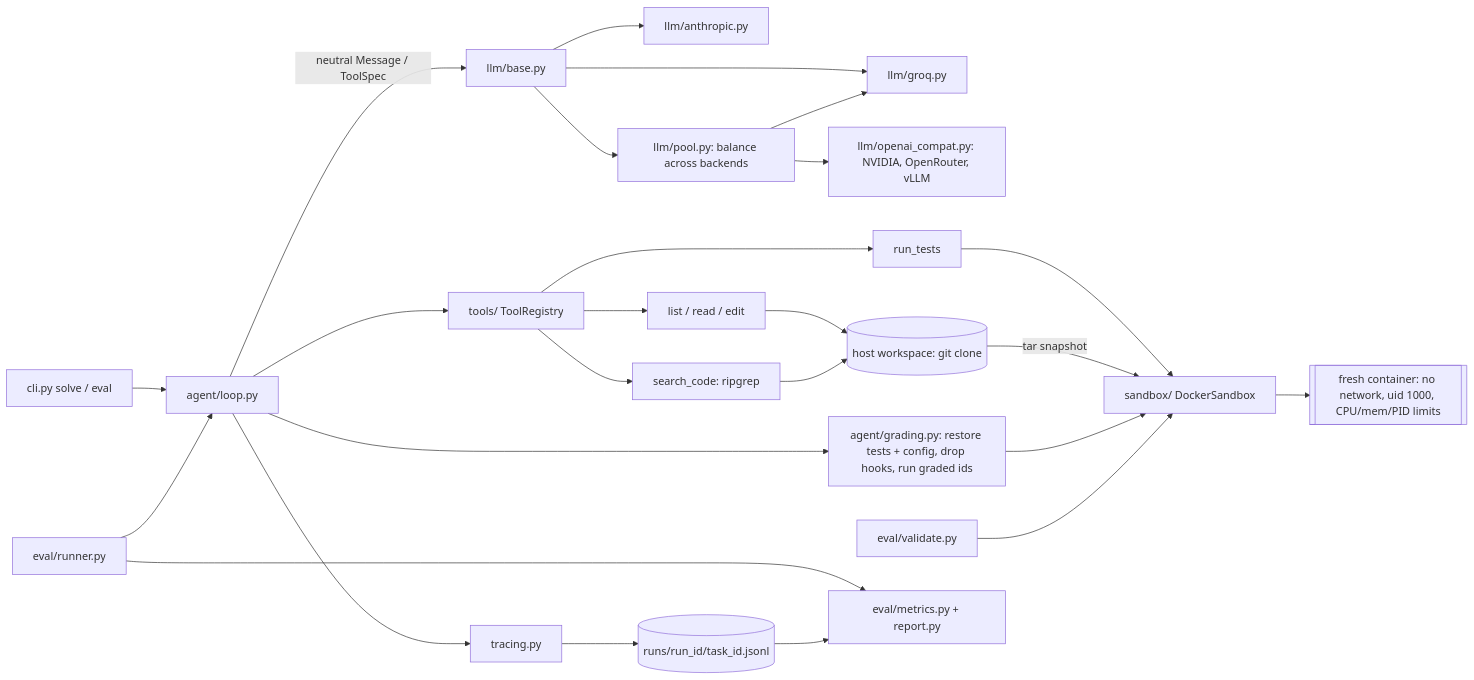
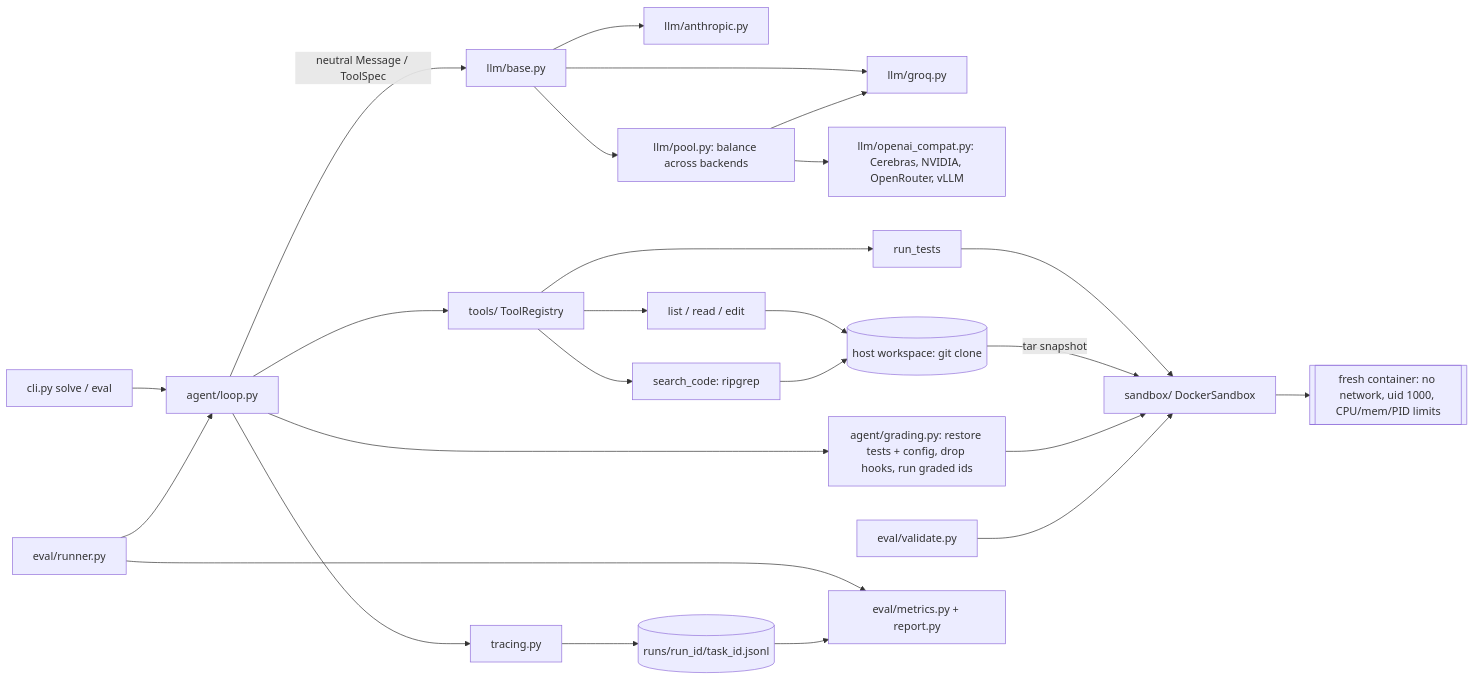
Before and after one commit to Gokuls007/agentic-code-repair: the diagram in README.md, drawn with Mermaid. The commit also changed other lines of this file and 6 other files, not shown here.

First line of the commit message:
Pool: pair Groq with Cerebras, not NVIDIA, for gpt-oss-120b

````diff
--- a/README.md
+++ b/README.md
@@ -48,26 +48,26 @@
 ```mermaid
 flowchart LR
     CLI[cli.py solve / eval] --> Loop[agent/loop.py]
     Loop -->|neutral Message / ToolSpec| LLM[llm/base.py]
     LLM --> A[llm/anthropic.py]
     LLM --> G[llm/groq.py]
     LLM --> P[llm/pool.py: balance across backends]
     P --> G
-    P --> O[llm/openai_compat.py: NVIDIA, OpenRouter, vLLM]
+    P --> O[llm/openai_compat.py: Cerebras, NVIDIA, OpenRouter, vLLM]
     Loop --> Reg[tools/ ToolRegistry]
     Reg --> FT[list / read / edit]
     Reg --> S[search_code: ripgrep]
     Reg --> RT[run_tests]
     FT & S --> WS[(host workspace: git clone)]
     RT --> SB[sandbox/ DockerSandbox]
     WS -->|tar snapshot| SB
     SB --> C[[fresh container: no network, uid 1000, CPU/mem/PID limits]]
     Loop --> Trace[tracing.py]
     Loop --> Grade[agent/grading.py: restore tests + config, drop hooks, run graded ids]
     Grade --> SB
     Trace --> Runs[(runs/run_id/task_id.jsonl)]
     Eval[eval/runner.py] --> Loop
     Val[eval/validate.py] --> SB
     Eval --> Rep[eval/metrics.py + report.py]
     Runs --> Rep
 ```
````
